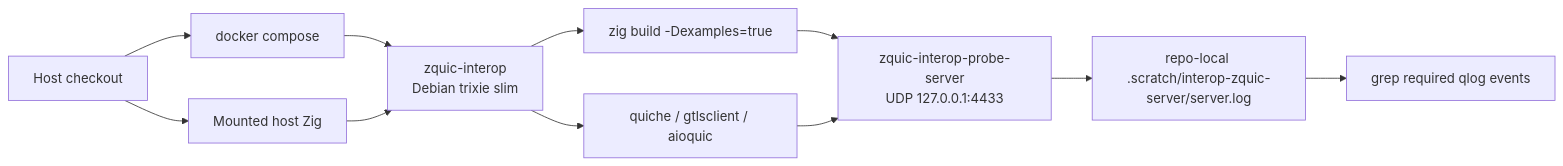
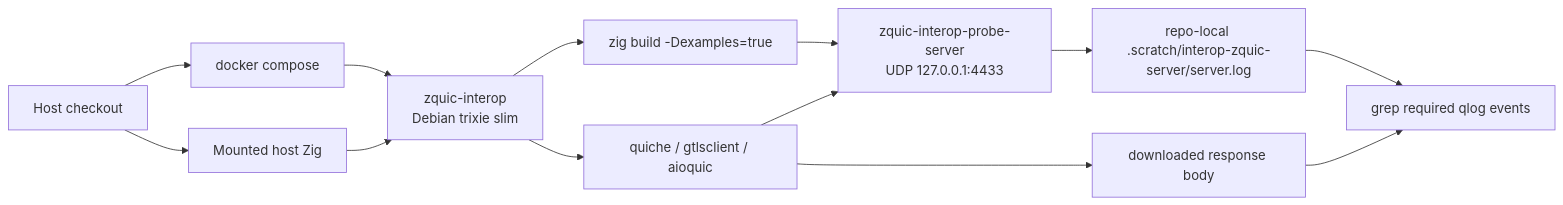
The third of 3 diagrams in docs/interop/methodology.md (GhostKellz/zquic), drawn with Mermaid before and after one commit. The commit also changed other lines of this file and 69 other files, not shown here.

````diff
--- a/docs/interop/methodology.md
+++ b/docs/interop/methodology.md
@@ -108,13 +156,15 @@
 ```mermaid
 flowchart LR
     Host["Host checkout"] --> Compose["docker compose"]
     Compose --> Debian["zquic-interop\nDebian trixie slim"]
     Host --> Zig["Mounted host Zig"]
     Zig --> Debian
     Debian --> Build["zig build -Dexamples=true"]
     Build --> Probe["zquic-interop-probe-server\nUDP 127.0.0.1:4433"]
     Debian --> Clients["quiche / gtlsclient / aioquic"]
     Clients --> Probe
     Probe --> Log["repo-local .scratch/interop-zquic-server/server.log"]
     Log --> Gate["grep required qlog events"]
+    Clients --> Body["downloaded response body"]
+    Body --> Gate
 ```
````
